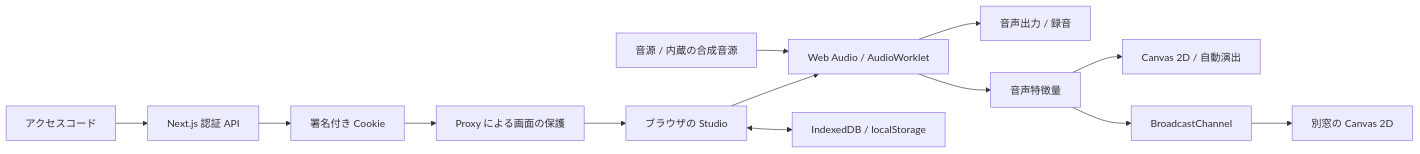
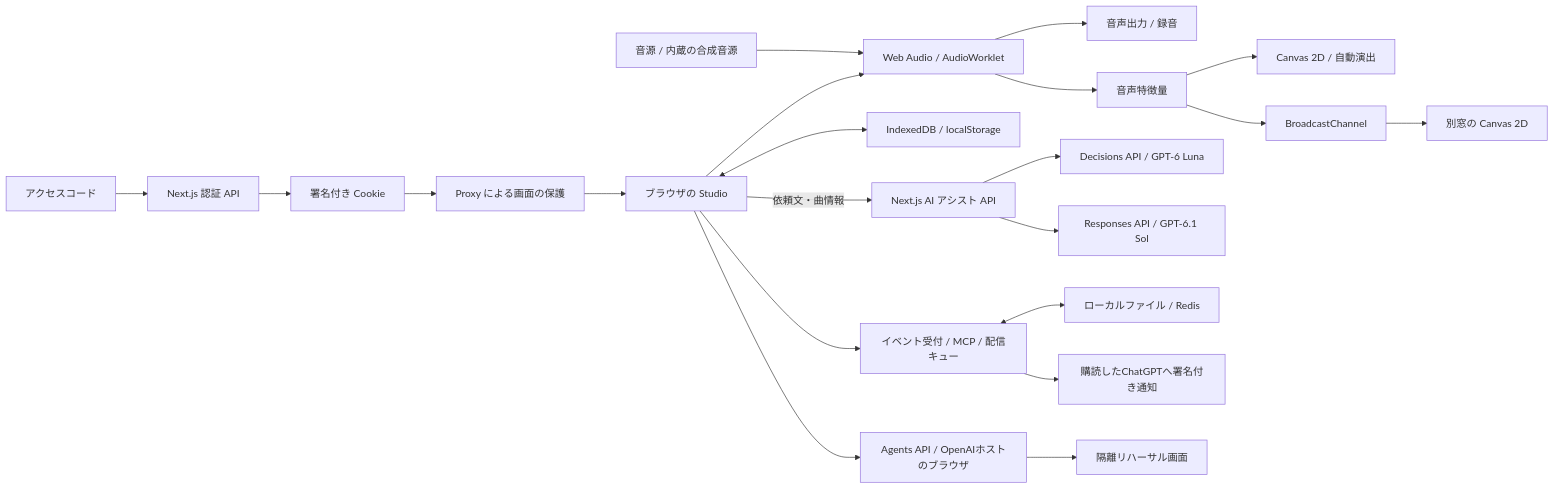
The diagram in README.md (m0marketing/dj-vj-app), drawn with Mermaid before and after one commit. The commit also changed other lines of this file and 9 other files, not shown here.

Commit message:
feat(ai): add set plans, automatic direction and Agents rehearsal

````diff
--- a/README.md
+++ b/README.md
@@ -82,15 +198,23 @@
 ```mermaid
 flowchart LR
     Login[アクセスコード] --> Auth[Next.js 認証 API]
     Auth --> Cookie[署名付き Cookie]
     Cookie --> Gate[Proxy による画面の保護]
     Gate --> Studio[ブラウザの Studio]
     Files[音源 / 内蔵の合成音源] --> Audio[Web Audio / AudioWorklet]
     Studio --> Audio
     Audio --> Speakers[音声出力 / 録音]
     Audio --> Features[音声特徴量]
     Features --> VJ[Canvas 2D / 自動演出]
     Features --> Channel[BroadcastChannel]
     Channel --> Projector[別窓の Canvas 2D]
     Studio <--> Storage[IndexedDB / localStorage]
+    Studio -->|依頼文・曲情報| Assistant[Next.js AI アシスト API]
+    Assistant --> Decisions[Decisions API / GPT-6 Luna]
+    Assistant --> Sol[Responses API / GPT-6.1 Sol]
+    Studio --> Automation[イベント受付 / MCP / 配信キュー]
+    Automation <--> ServerStorage[ローカルファイル / Redis]
+    Automation --> ChatGPT[購読したChatGPTへ署名付き通知]
+    Studio --> Agents[Agents API / OpenAIホストのブラウザ]
+    Agents --> Rehearsal[隔離リハーサル画面]
 ```
````
